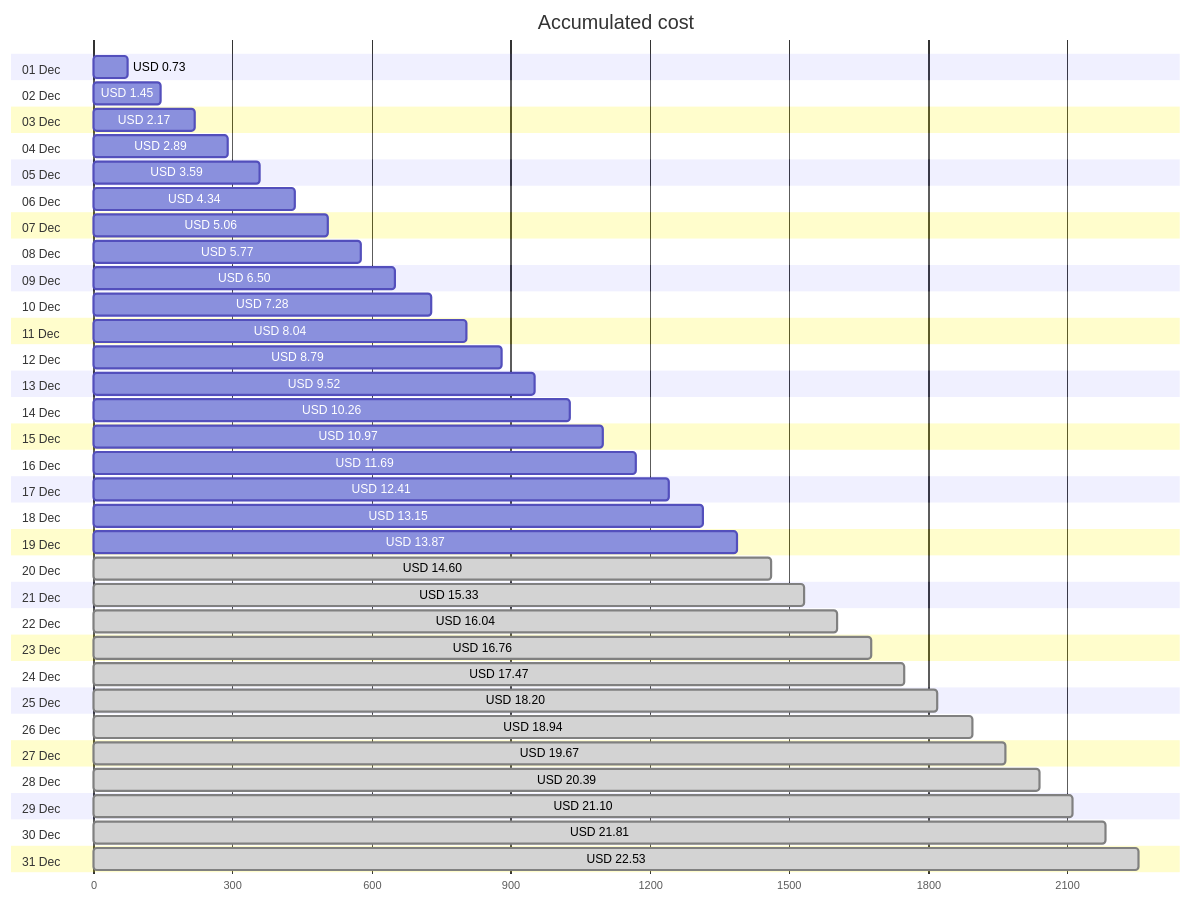
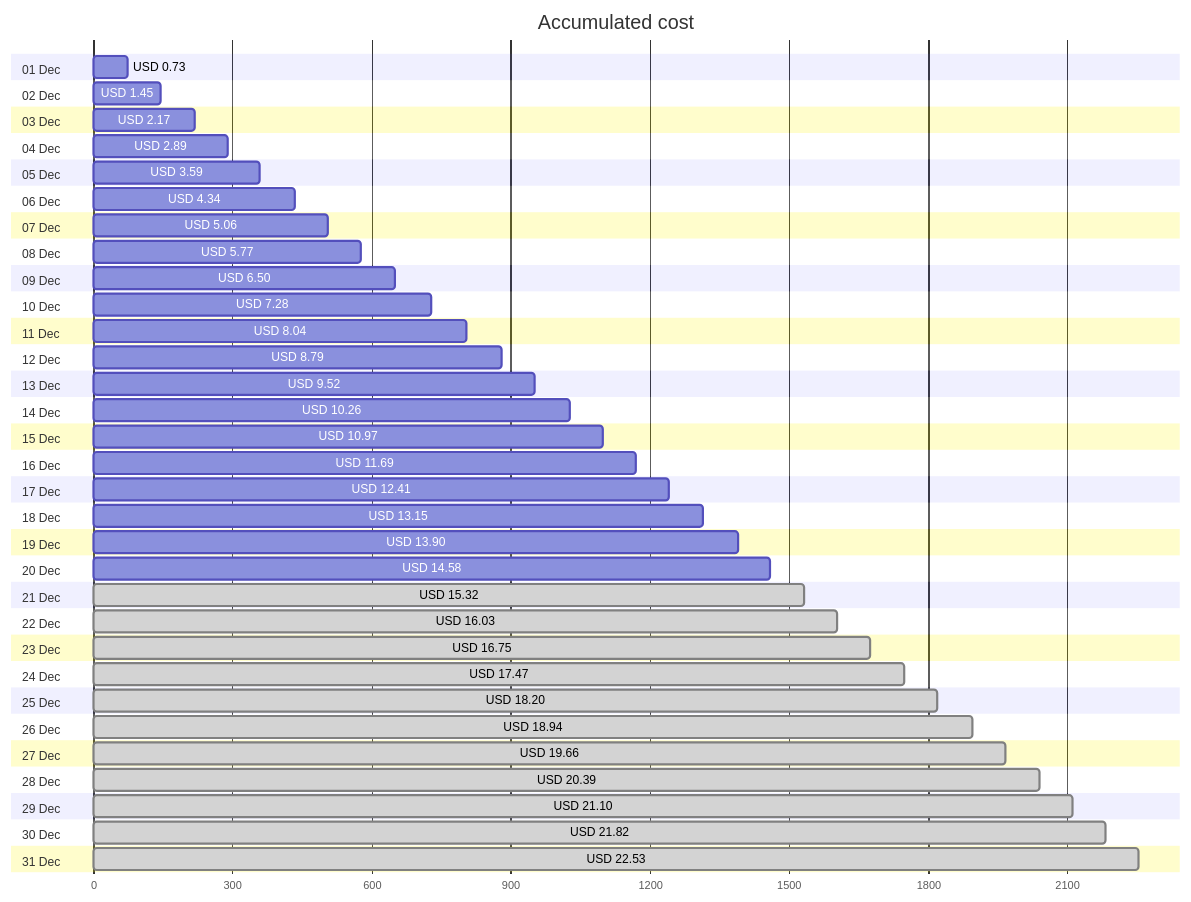
The first of 4 diagrams in cost-reports/personal-network/backup-server-data-disk.md (jpfulton/azure-personal-reports), drawn with Mermaid before and after one commit. The commit also changed other lines of this file and 8 other files, not shown here.

````diff
--- a/cost-reports/personal-network/backup-server-data-disk.md
+++ b/cost-reports/personal-network/backup-server-data-disk.md
@@ -20,68 +20,68 @@
 ```mermaid
 gantt
    title Accumulated cost
    dateFormat  X
    axisFormat %s
    section 01 Dec
    USD 0.73 :0, 73
    section 02 Dec
    USD 1.45 :0, 145
    section 03 Dec
    USD 2.17 :0, 217
    section 04 Dec
    USD 2.89 :0, 289
    section 05 Dec
    USD 3.59 :0, 359
    section 06 Dec
    USD 4.34 :0, 434
    section 07 Dec
    USD 5.06 :0, 506
    section 08 Dec
    USD 5.77 :0, 577
    section 09 Dec
    USD 6.50 :0, 650
    section 10 Dec
    USD 7.28 :0, 728
    section 11 Dec
    USD 8.04 :0, 804
    section 12 Dec
    USD 8.79 :0, 879
    section 13 Dec
    USD 9.52 :0, 952
    section 14 Dec
    USD 10.26 :0, 1026
    section 15 Dec
    USD 10.97 :0, 1097
    section 16 Dec
    USD 11.69 :0, 1169
    section 17 Dec
    USD 12.41 :0, 1241
    section 18 Dec
    USD 13.15 :0, 1315
    section 19 Dec
-   USD 13.87 :0, 1387
+   USD 13.90 :0, 1390
    section 20 Dec
-   USD 14.60 : done, 0, 1460
+   USD 14.58 :0, 1458
    section 21 Dec
-   USD 15.33 : done, 0, 1533
+   USD 15.32 : done, 0, 1532
    section 22 Dec
-   USD 16.04 : done, 0, 1604
+   USD 16.03 : done, 0, 1603
    section 23 Dec
-   USD 16.76 : done, 0, 1676
+   USD 16.75 : done, 0, 1675
    section 24 Dec
    USD 17.47 : done, 0, 1747
    section 25 Dec
    USD 18.20 : done, 0, 1820
    section 26 Dec
    USD 18.94 : done, 0, 1894
    section 27 Dec
-   USD 19.67 : done, 0, 1967
+   USD 19.66 : done, 0, 1966
    section 28 Dec
    USD 20.39 : done, 0, 2039
    section 29 Dec
    USD 21.10 : done, 0, 2110
    section 30 Dec
-   USD 21.81 : done, 0, 2181
+   USD 21.82 : done, 0, 2182
    section 31 Dec
    USD 22.53 : done, 0, 2253
 ```
````
